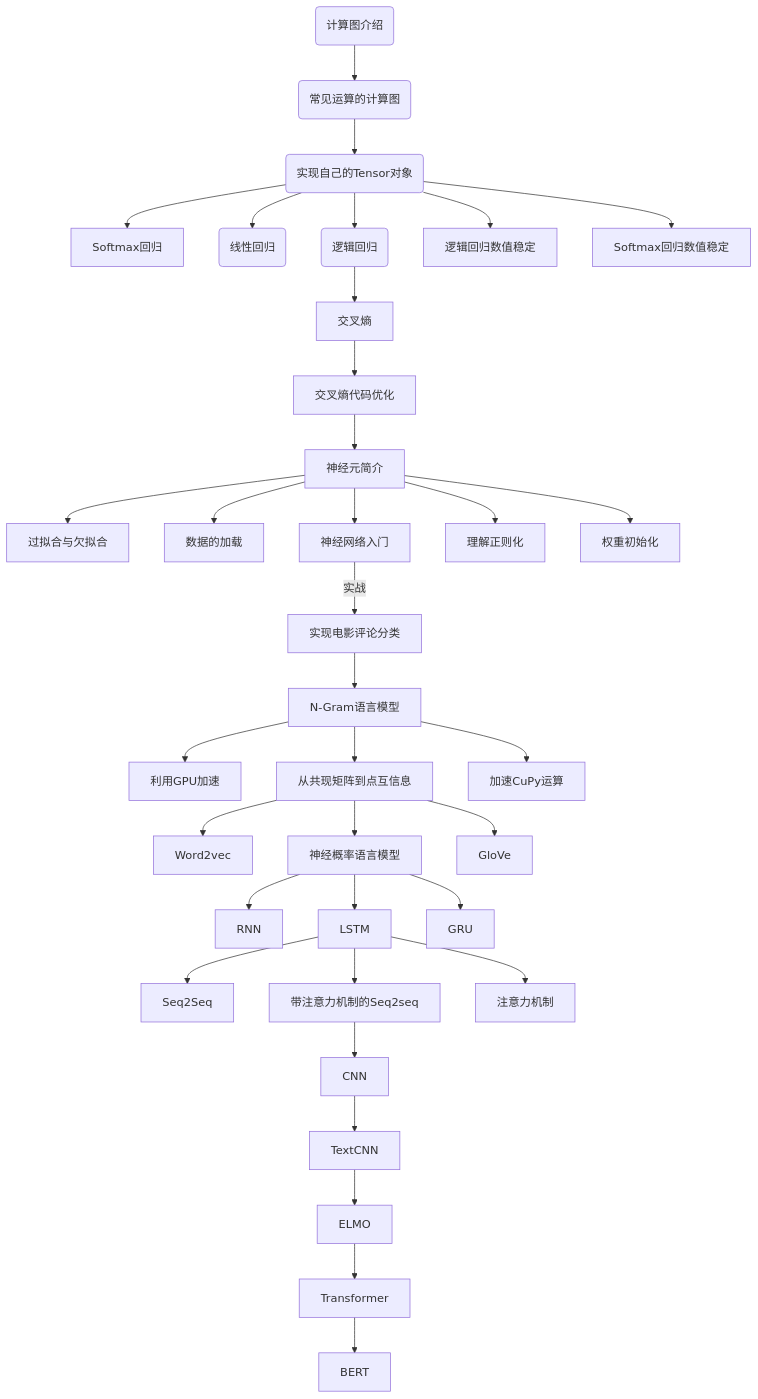
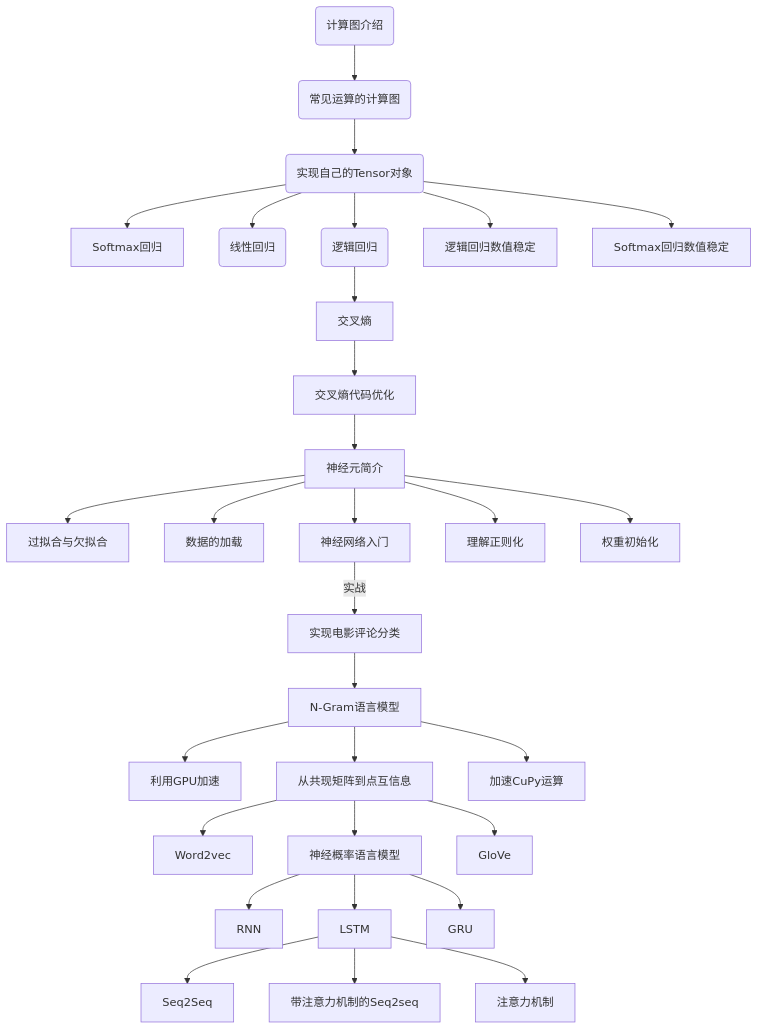
Before and after one commit to nlp-greyfoss/metagrad: the diagram in README.md, drawn with Mermaid.

````diff
--- a/README.md
+++ b/README.md
@@ -23,54 +23,63 @@
 ```mermaid
 graph TD
 Graph(计算图介绍)  --> Operator(常见运算的计算图)
 Operator --> Tensor(实现自己的Tensor对象)
 Tensor  --> Softmax回归
 Tensor --> LinearRegression(线性回归)
 Tensor  -->  LogisticRegression(逻辑回归)
 Tensor  -->  逻辑回归数值稳定
 Tensor  --> Softmax回归数值稳定
 LogisticRegression--> 交叉熵
 交叉熵 --> 交叉熵代码优化
 交叉熵代码优化 --> 神经元简介
 神经元简介--> 过拟合与欠拟合
 神经元简介 --> 数据的加载
 神经元简介 --> 神经网络入门
 神经元简介 --> 理解正则化
 神经元简介 --> 权重初始化
 神经网络入门 --实战 --> 实现电影评论分类 --> N-Gram语言模型
 N-Gram语言模型 --> 利用GPU加速
 N-Gram语言模型 --> 从共现矩阵到点互信息
 N-Gram语言模型 --> 加速CuPy运算
 从共现矩阵到点互信息 --> Word2vec
 从共现矩阵到点互信息 --> 神经概率语言模型
 从共现矩阵到点互信息 --> GloVe
 神经概率语言模型 --> RNN
 神经概率语言模型 --> LSTM
 神经概率语言模型 --> GRU
 LSTM --> Seq2Seq 
 LSTM --> 带注意力机制的Seq2seq
 LSTM --> 注意力机制
-带注意力机制的Seq2seq  --> CNN 
-CNN --> TextCNN -->  ELMO --> Transformer  --> BERT 
+带注意力机制的Seq2seq 
+
 
 click Graph "https://helloai.blog.csdn.net/article/details/121964022"
 click Operator "https://helloai.blog.csdn.net/article/details/122024945"
 click Tensor "https://helloai.blog.csdn.net/article/details/122054811"
 click LinearRegression "https://helloai.blog.csdn.net/article/details/122241715"
 click LogisticRegression "https://helloai.blog.csdn.net/article/details/122446249"
 click Softmax回归 "https://helloai.blog.csdn.net/article/details/122546843"
 click 逻辑回归数值稳定 "https://helloai.blog.csdn.net/article/details/122610850"
 click Softmax回归数值稳定 "https://helloai.blog.csdn.net/article/details/122678759"
 click 交叉熵 "https://helloai.blog.csdn.net/article/details/121734499"
 click 交叉熵代码优化 "https://helloai.blog.csdn.net/article/details/124546530"
 click 神经元简介 "https://helloai.blog.csdn.net/article/details/122775512"
 click 过拟合与欠拟合 "https://helloai.blog.csdn.net/article/details/123151877"
 click 数据的加载 "https://helloai.blog.csdn.net/article/details/123399307"
 click 神经网络入门 "https://helloai.blog.csdn.net/article/details/122949665"
 click 理解正则化 "https://helloai.blog.csdn.net/article/details/123716578"
 click 权重初始化 "https://helloai.blog.csdn.net/article/details/124332725"
 click 实现电影评论分类 "https://helloai.blog.csdn.net/article/details/123036716"
 click N-Gram语言模型 "https://helloai.blog.csdn.net/article/details/124384220"
 click 利用GPU加速 "https://helloai.blog.csdn.net/article/details/124840221"
 click 从共现矩阵到点互信息 "https://helloai.blog.csdn.net/article/details/124872206"
+click Word2vec "https://helloai.blog.csdn.net/article/details/124886086"
+click 加速CuPy运算 "https://helloai.blog.csdn.net/article/details/124840221"
+click 神经概率语言模型 "https://helloai.blog.csdn.net/article/details/125059374"
+click GloVe "https://helloai.blog.csdn.net/article/details/125793540"
+click RNN "https://helloai.blog.csdn.net/article/details/125368951"
+click LSTM "https://helloai.blog.csdn.net/article/details/125504178"
+click GRU "https://helloai.blog.csdn.net/article/details/125663927"
+click Seq2Seq "https://helloai.blog.csdn.net/article/details/126704328"
+click 带注意力机制的Seq2seq "https://helloai.blog.csdn.net/article/details/131662891"
 ```
````
